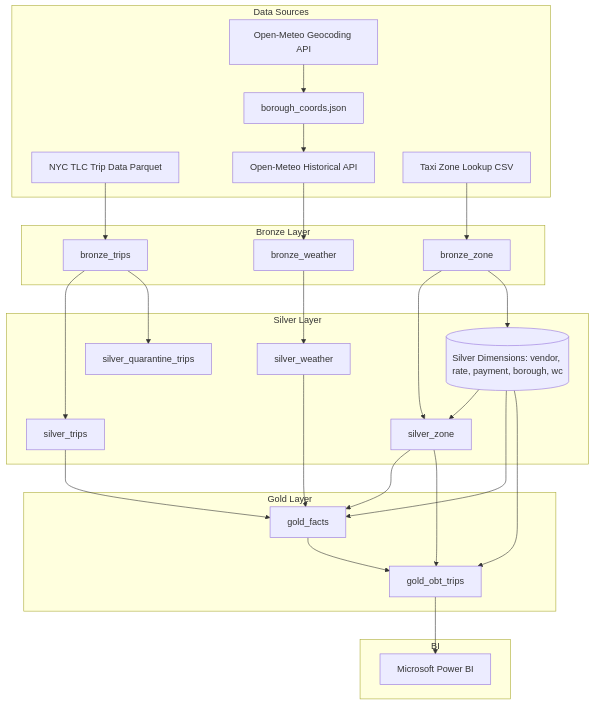
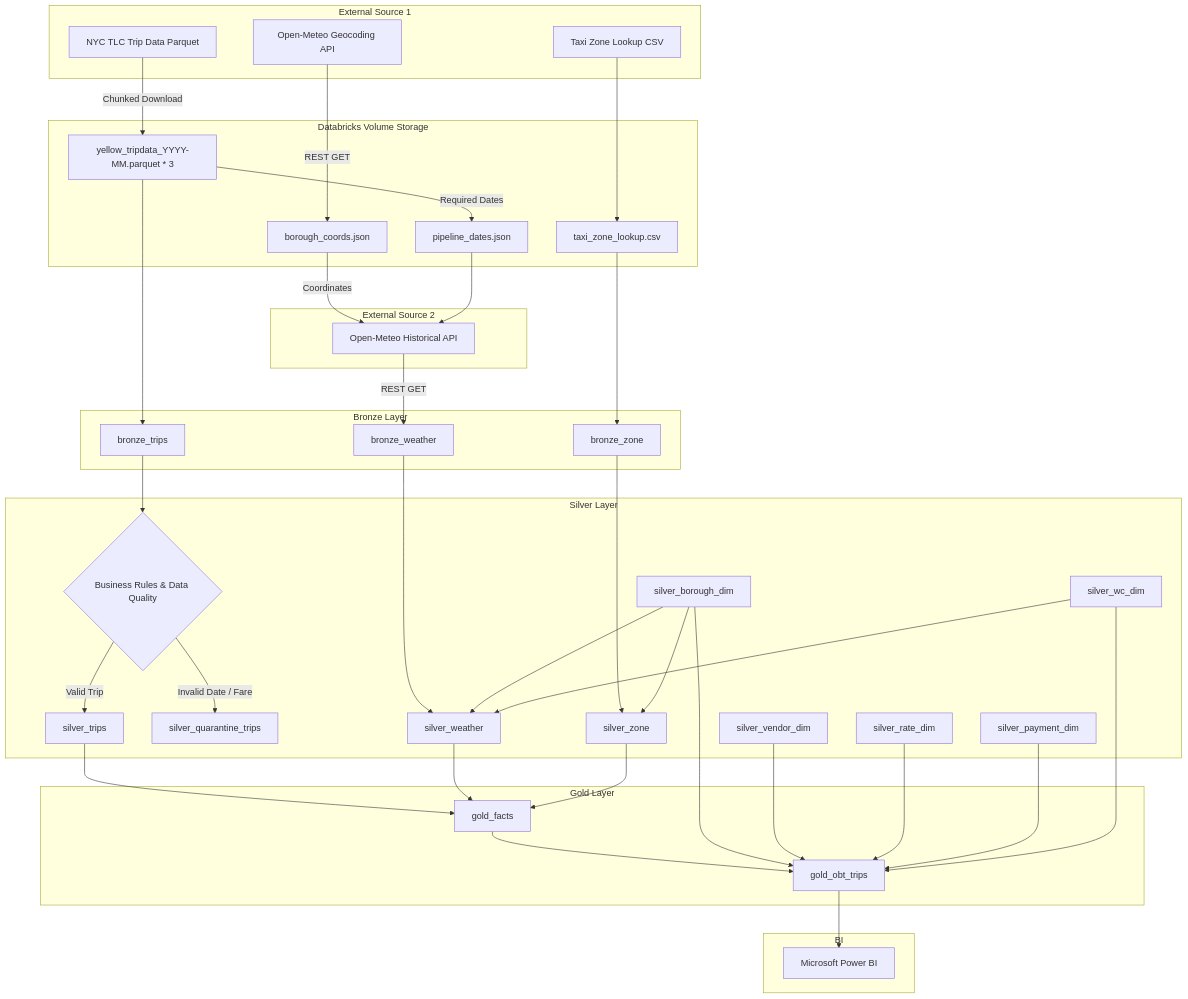
The diagram in README.md (Chirag-GH/taxi_weather_pipeline), drawn with Mermaid before and after one commit. The commit also changed other lines of this file, not shown here.

````diff
--- a/README.md
+++ b/README.md
@@ -20,12 +20,20 @@
 ```mermaid
 graph TD
-    subgraph Data Sources
+    subgraph External Source 1
         TLC[NYC TLC Trip Data Parquet]
+        GEO[Open-Meteo Geocoding API]
+        STATIC[Taxi Zone Lookup CSV]
+    end
+
+    subgraph Databricks Volume Storage
+        PARQ[yellow_tripdata_YYYY-MM.parquet * 3]
+        JSON_COORD[borough_coords.json]
+        ZCSV[taxi_zone_lookup.csv]
+        JSON_DATES[pipeline_dates.json]
+    end
+
+    subgraph External Source 2
         OM[Open-Meteo Historical API]
-        GEO[Open-Meteo Geocoding API]
-        ZCSV[Taxi Zone Lookup CSV]
-        JSON_COORD[borough_coords.json]
-        
     end
 
     subgraph Bronze Layer
@@ -35,11 +43,16 @@
     end
 
     subgraph Silver Layer
+        D{Business Rules & Data Quality}
         ST[silver_trips]
         SQ[silver_quarantine_trips]
         SW[silver_weather]
         SZ[silver_zone]
-        SDIMS[(Silver Dimensions: vendor, rate, payment, borough, wc)]
+        SDIMWC[silver_wc_dim]
+        SDIMB[silver_borough_dim]
+        SDIMP[silver_payment_dim]
+        SDIMV[silver_vendor_dim]
+        SDIMR[silver_rate_dim]
     end
 
     subgraph Gold Layer
@@ -50,28 +63,42 @@
     subgraph BI
         PBI[Microsoft Power BI]
     end
-    GEO --> JSON_COORD
-    JSON_COORD --> OM
-    TLC --> BT
-    OM --> BW
+
+    %% Ingestion Flow
+    TLC -->|Chunked Download| PARQ
+    GEO -->|REST GET| JSON_COORD
+    STATIC --> ZCSV
+    PARQ -->|Required Dates| JSON_DATES
+
+    %% Bronze Flow
+    PARQ --> BT
+    JSON_COORD -->|Coordinates| OM
+    JSON_DATES --> OM
+    OM -->|REST GET| BW
     ZCSV --> BZ
 
-    BT --> ST
-    BT --> SQ
+    %% Silver Flow
+    BT --> D
+    D -->|Valid Trip| ST
+    D -->|Invalid Date / Fare| SQ
+    
     BW --> SW
+    SDIMB --> SW
+    SDIMWC --> SW
     BZ --> SZ
-    BZ --> SDIMS
+    SDIMB --> SZ
 
+    %% Gold Flow
     ST --> GF
     SW --> GF
     SZ --> GF
-    SDIMS --> SZ
-    SDIMS --> GF
 
     GF --> GOBT
-    SDIMS --> GOBT
-    SZ --> GOBT
+    SDIMB --> GOBT
+    SDIMV --> GOBT
+    SDIMR --> GOBT
+    SDIMP --> GOBT
+    SDIMWC --> GOBT
 
     GOBT --> PBI
-
 ```
````
